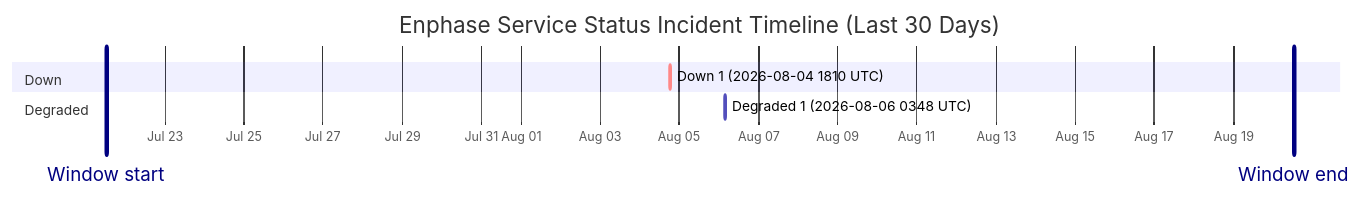
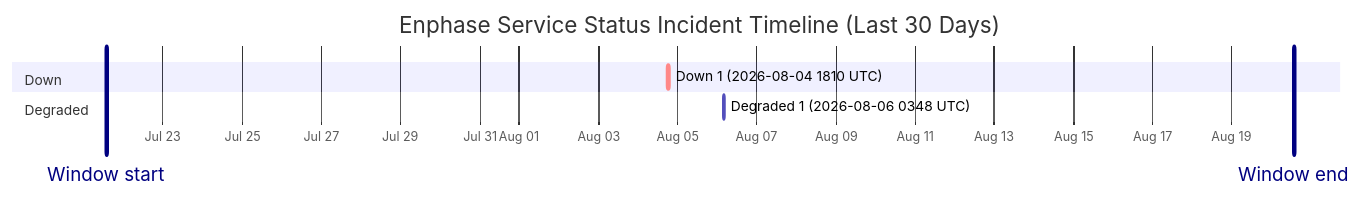
The diagram in wiki/Service-Status-History.md (barneyonline/ha-enphase-energy), drawn with Mermaid before and after one commit. The commit also changed other lines of this file and 3 other files, not shown here.

````diff
--- a/wiki/Service-Status-History.md
+++ b/wiki/Service-Status-History.md
@@ -14,12 +14,12 @@
 ```mermaid
 gantt
     title Enphase Service Status Incident Timeline (Last 30 Days)
     dateFormat  YYYY-MM-DDTHH:mm:ss
     axisFormat  %b %d
-    Window start :vert, window-start, 2026-07-21T12:44:17, 0ms
-    Window end :vert, window-end, 2026-08-20T12:44:17, 0ms
+    Window start :vert, window-start, 2026-07-21T13:43:40, 0ms
+    Window end :vert, window-end, 2026-08-20T13:43:40, 0ms
     section Down
     Down 1 (2026-08-04 1810 UTC) :crit, down-1, 2026-08-04T18:10:46, 60m
     section Degraded
     Degraded 1 (2026-08-06 0348 UTC) :active, degraded-1, 2026-08-06T03:48:14, 60m
 ```
````
